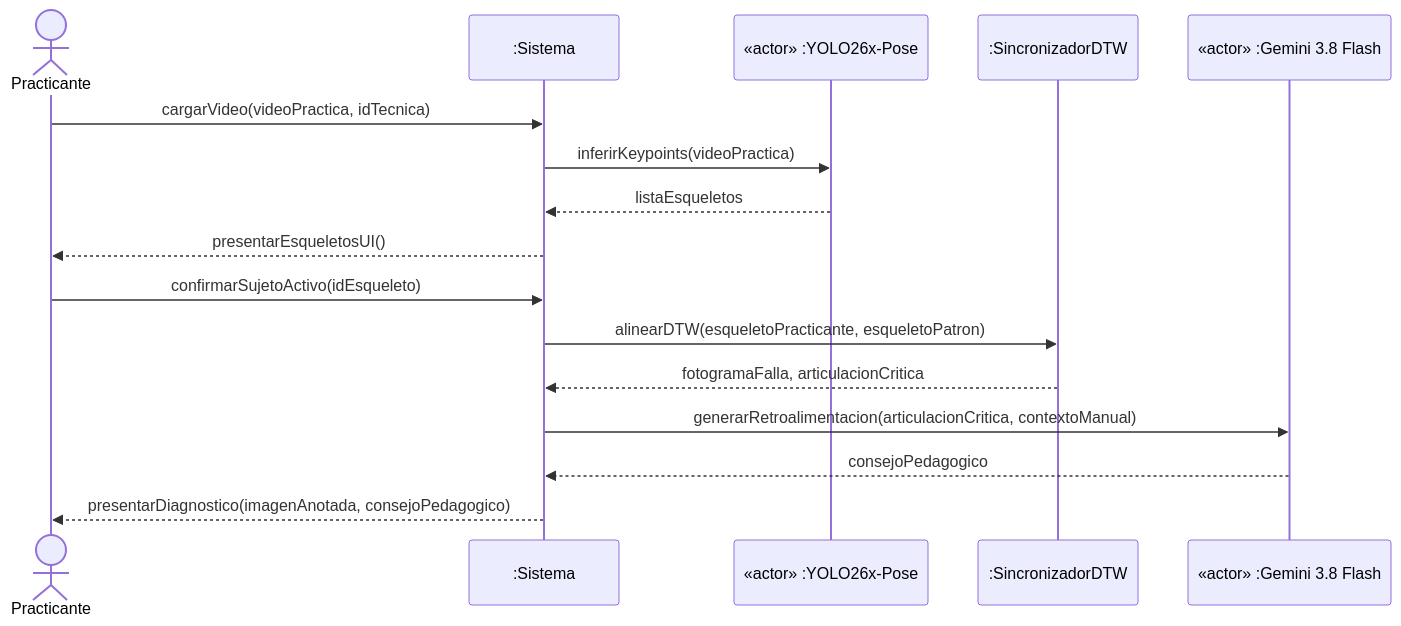
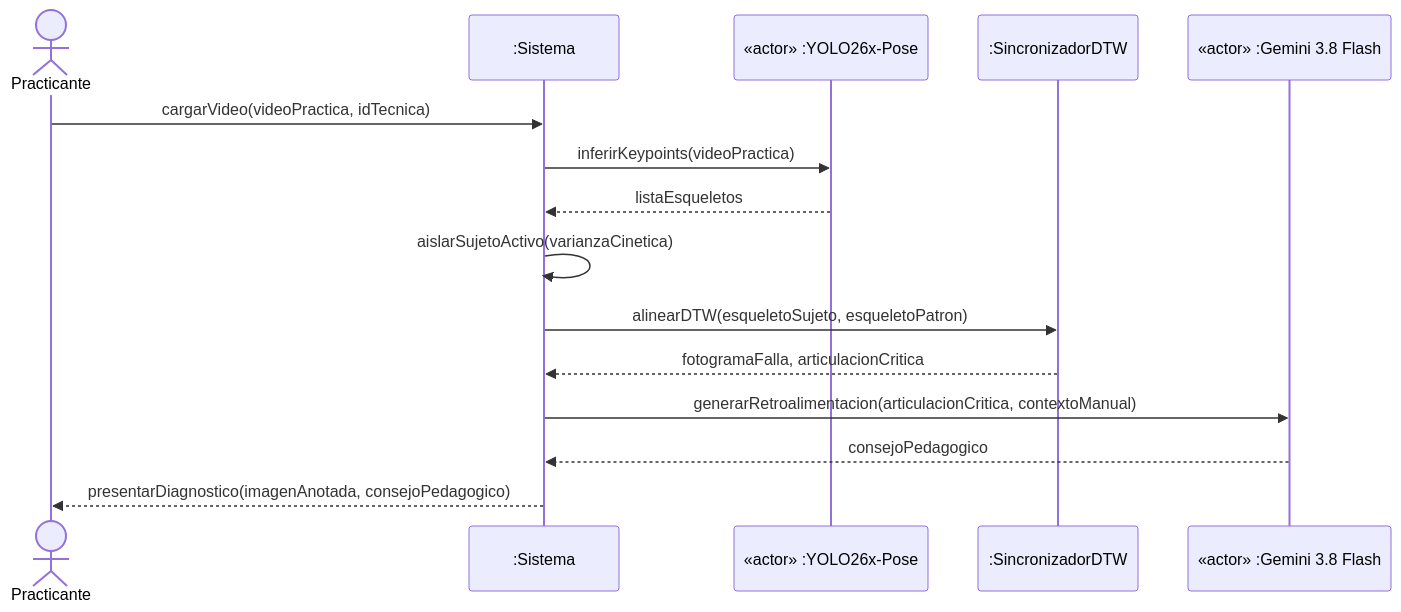
The eighth of 11 diagrams in README.md (Tsmrain/JiuJitsu), drawn with Mermaid before and after one commit. The commit also changed other lines of this file, not shown here.

Commit message:
docs: update architecture to Edge-Cloud model and replace manual subject selection with automated kinetic filtering

````diff
--- a/README.md
+++ b/README.md
@@ -841,19 +841,18 @@
 ```mermaid
 sequenceDiagram
     actor Practicante
     participant Sistema as :Sistema
     participant YOLO as «actor» :YOLO26x-Pose
     participant DTW as :SincronizadorDTW
     participant GEM as «actor» :Gemini 3.8 Flash
 
     Practicante->>Sistema: cargarVideo(videoPractica, idTecnica)
     Sistema->>YOLO: inferirKeypoints(videoPractica)
     YOLO-->>Sistema: listaEsqueletos
-    Sistema-->>Practicante: presentarEsqueletosUI()
-    Practicante->>Sistema: confirmarSujetoActivo(idEsqueleto)
-    Sistema->>DTW: alinearDTW(esqueletoPracticante, esqueletoPatron)
+    Sistema->>Sistema: aislarSujetoActivo(varianzaCinetica)
+    Sistema->>DTW: alinearDTW(esqueletoSujeto, esqueletoPatron)
     DTW-->>Sistema: fotogramaFalla, articulacionCritica
     Sistema->>GEM: generarRetroalimentacion(articulacionCritica, contextoManual)
     GEM-->>Sistema: consejoPedagogico
     Sistema-->>Practicante: presentarDiagnostico(imagenAnotada, consejoPedagogico)
 ```
````
